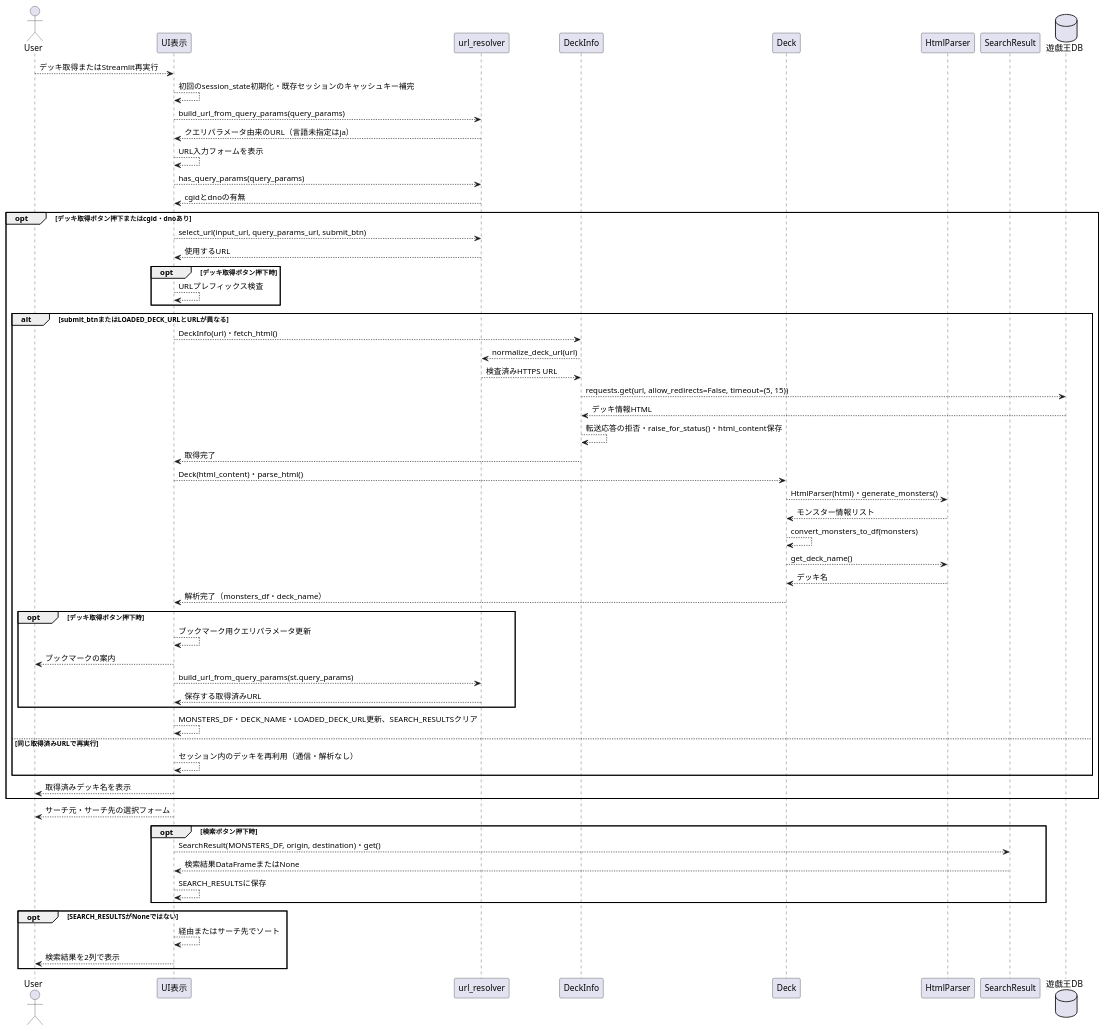
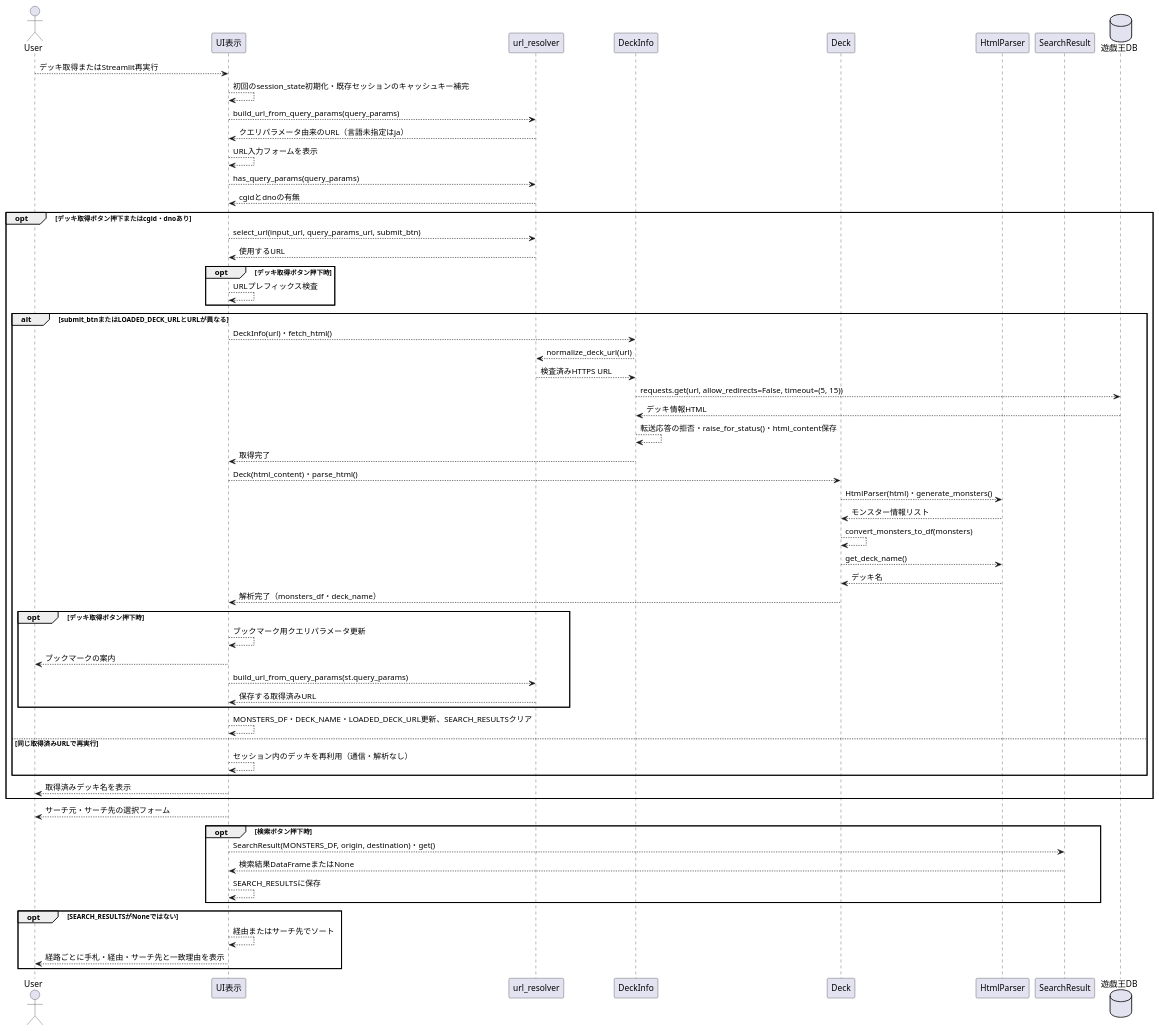
The fourth of 6 diagrams in docs/ygo-small-world-transit.md (ikishichi/ygo-small-world-transit), drawn with PlantUML before and after one commit. The commit also changed other lines of this file and 1 other file, not shown here.

Commit message:
test: 同値キーの経路順を検証し結果表示の設計を更新する

````diff
--- a/docs/ygo-small-world-transit.md
+++ b/docs/ygo-small-world-transit.md
@@ -88,62 +88,62 @@
 ```plantuml
 @startuml
 actor "User" as user
 participant "UI表示" as ui
 participant "url_resolver" as ur
 participant "DeckInfo" as di
 participant "Deck" as dc
 participant "HtmlParser" as hp
 participant "SearchResult" as sr
 database "遊戯王DB" as db
     user --> ui : デッキ取得またはStreamlit再実行
     ui --> ui : 初回のsession_state初期化・既存セッションのキャッシュキー補完
     ui --> ur : build_url_from_query_params(query_params)
     ur --> ui : クエリパラメータ由来のURL（言語未指定はja）
     ui --> ui : URL入力フォームを表示
     ui --> ur : has_query_params(query_params)
     ur --> ui : cgidとdnoの有無
     opt デッキ取得ボタン押下またはcgid・dnoあり
         ui --> ur : select_url(input_url, query_params_url, submit_btn)
         ur --> ui : 使用するURL
         opt デッキ取得ボタン押下時
             ui --> ui : URLプレフィックス検査
         end
         alt submit_btnまたはLOADED_DECK_URLとURLが異なる
             ui --> di : DeckInfo(url)・fetch_html()
             di --> ur : normalize_deck_url(url)
             ur --> di : 検査済みHTTPS URL
             di --> db : requests.get(url, allow_redirects=False, timeout=(5, 15))
             db --> di : デッキ情報HTML
             di --> di : 転送応答の拒否・raise_for_status()・html_content保存
             di --> ui : 取得完了
             ui --> dc : Deck(html_content)・parse_html()
             dc --> hp : HtmlParser(html)・generate_monsters()
             hp --> dc : モンスター情報リスト
             dc --> dc : convert_monsters_to_df(monsters)
             dc --> hp : get_deck_name()
             hp --> dc : デッキ名
             dc --> ui : 解析完了（monsters_df・deck_name）
             opt デッキ取得ボタン押下時
                 ui --> ui : ブックマーク用クエリパラメータ更新
                 ui --> user : ブックマークの案内
                 ui --> ur : build_url_from_query_params(st.query_params)
                 ur --> ui : 保存する取得済みURL
             end
             ui --> ui : MONSTERS_DF・DECK_NAME・LOADED_DECK_URL更新、SEARCH_RESULTSクリア
         else 同じ取得済みURLで再実行
             ui --> ui : セッション内のデッキを再利用（通信・解析なし）
         end
         ui --> user : 取得済みデッキ名を表示
     end
     ui --> user : サーチ元・サーチ先の選択フォーム
     opt 検索ボタン押下時
         ui --> sr : SearchResult(MONSTERS_DF, origin, destination)・get()
         sr --> ui : 検索結果DataFrameまたはNone
         ui --> ui : SEARCH_RESULTSに保存
     end
     opt SEARCH_RESULTSがNoneではない
         ui --> ui : 経由またはサーチ先でソート
-        ui --> user : 検索結果を2列で表示
+        ui --> user : 経路ごとに手札・経由・サーチ先と一致理由を表示
     end
 @enduml
 ```
````
